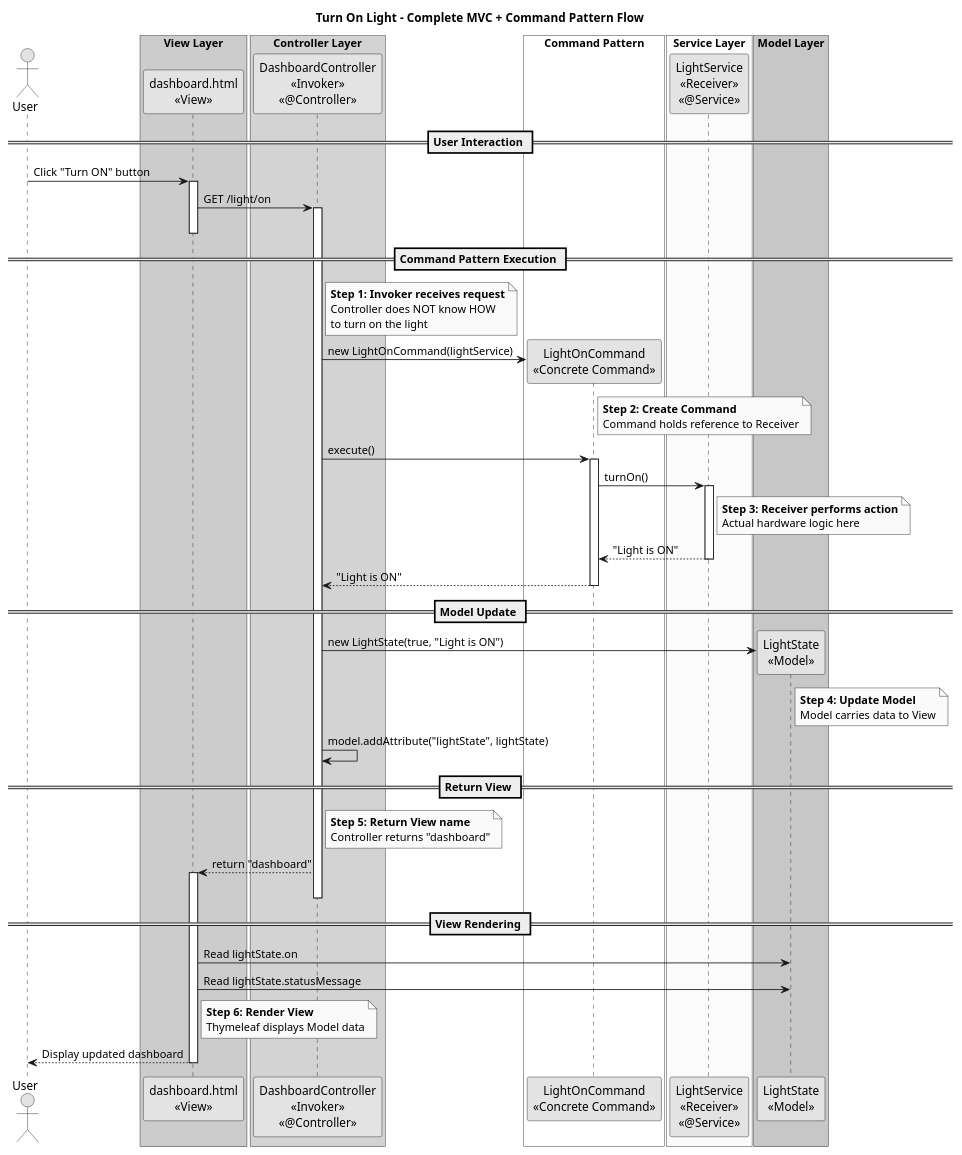
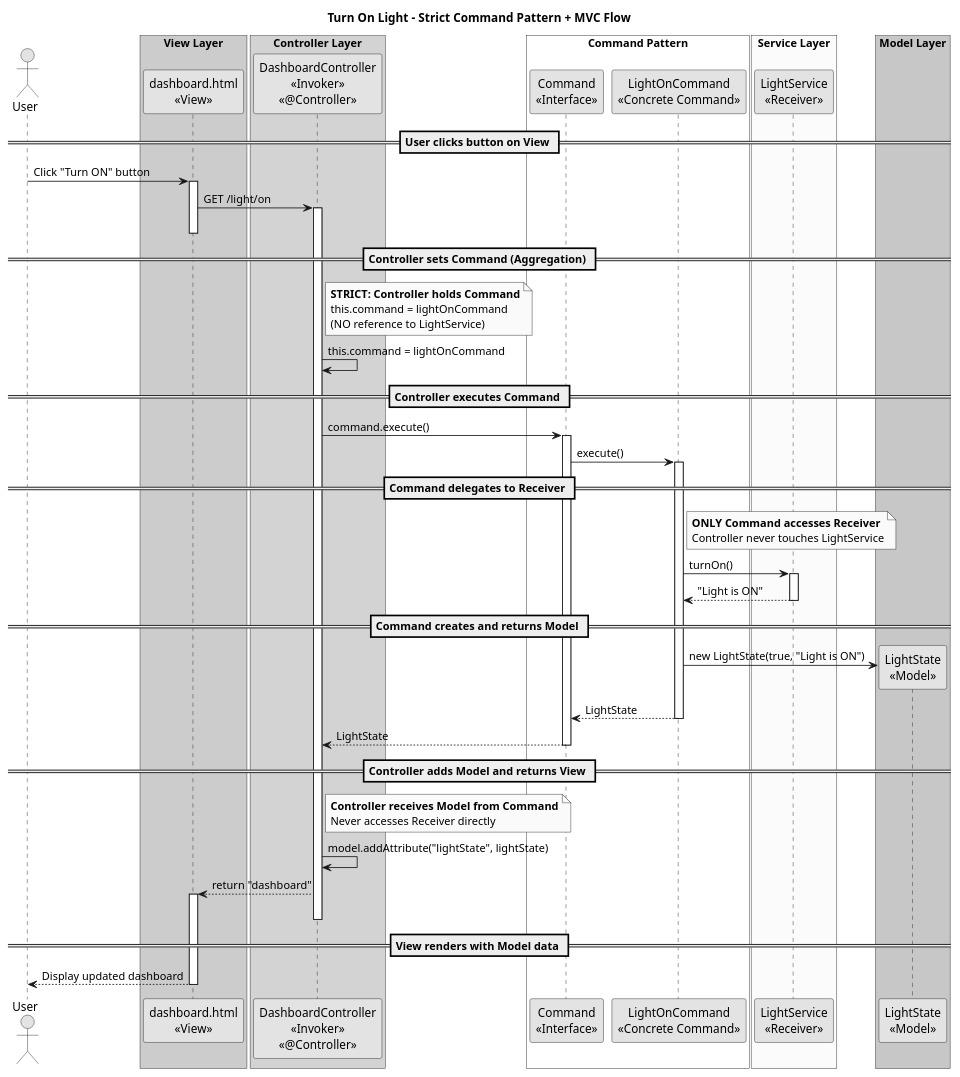
One commit to Mostafa-abozead/commandpattern-MVC- changed the second of 2 diagrams in docs/COMMAND_PATTERN.md. Above: the diagram before and after it, drawn with PlantUML. The commit also changed other lines of this file and 8 other files, not shown here.

Commit message:
Implement strict Command Pattern with Invoker-Command aggregation and no Controller-Receiver dependency

```diff
--- a/docs/COMMAND_PATTERN.md
+++ b/docs/COMMAND_PATTERN.md
@@ -173,10 +199,10 @@
 skinparam shadowing false
 skinparam monochrome true
 
-title Turn On Light - Complete MVC + Command Pattern Flow
+title Turn On Light - Strict Command Pattern + MVC Flow
 
 ' ========================================
-' Participants grouped by Layer
+' Participants
 ' ========================================
 actor "User" as user
 
@@ -189,11 +215,12 @@
 end box
 
 box "Command Pattern" #White
+    participant "Command\n<<Interface>>" as commandInterface
     participant "LightOnCommand\n<<Concrete Command>>" as command
 end box
 
 box "Service Layer" #LightYellow
-    participant "LightService\n<<Receiver>>\n<<@Service>>" as service
+    participant "LightService\n<<Receiver>>" as service
 end box
 
 box "Model Layer" #LightGreen
@@ -201,10 +228,10 @@
 end box
 
 ' ========================================
-' Sequence Flow - Complete MVC Cycle
+' Sequence Flow
 ' ========================================
 
-== User Interaction ==
+== User clicks button on View ==
 user -> view : Click "Turn ON" button
 activate view
 
@@ -212,66 +239,56 @@
 activate controller
 deactivate view
 
-== Command Pattern Execution ==
+== Controller sets Command (Aggregation) ==
 note right of controller
-  **Step 1: Invoker receives request**
-  Controller does NOT know HOW
-  to turn on the light
+  **STRICT: Controller holds Command**
+  this.command = lightOnCommand
+  (NO reference to LightService)
 end note
 
-controller -> command ** : new LightOnCommand(lightService)
+controller -> controller : this.command = lightOnCommand
 
+== Controller executes Command ==
+controller -> commandInterface : command.execute()
+activate commandInterface
+
+commandInterface -> command : execute()
+activate command
+
+== Command delegates to Receiver ==
 note right of command
-  **Step 2: Create Command**
-  Command holds reference to Receiver
+  **ONLY Command accesses Receiver**
+  Controller never touches LightService
 end note
-
-controller -> command : execute()
-activate command
 
 command -> service : turnOn()
 activate service
 
-note right of service
-  **Step 3: Receiver performs action**
-  Actual hardware logic here
-end note
-
 service --> command : "Light is ON"
 deactivate service
 
-command --> controller : "Light is ON"
+== Command creates and returns Model ==
+command -> model ** : new LightState(true, "Light is ON")
+
+command --> commandInterface : LightState
 deactivate command
 
-== Model Update ==
-controller -> model ** : new LightState(true, "Light is ON")
+commandInterface --> controller : LightState
+deactivate commandInterface
 
-note right of model
-  **Step 4: Update Model**
-  Model carries data to View
+== Controller adds Model and returns View ==
+note right of controller
+  **Controller receives Model from Command**
+  Never accesses Receiver directly
 end note
 
 controller -> controller : model.addAttribute("lightState", lightState)
-
-== Return View ==
-note right of controller
-  **Step 5: Return View name**
-  Controller returns "dashboard"
-end note
 
 controller --> view : return "dashboard"
 activate view
 deactivate controller
 
-== View Rendering ==
-view -> model : Read lightState.on
-view -> model : Read lightState.statusMessage
-
-note right of view
-  **Step 6: Render View**
-  Thymeleaf displays Model data
-end note
-
+== View renders with Model data ==
 view --> user : Display updated dashboard
 deactivate view
 
```
